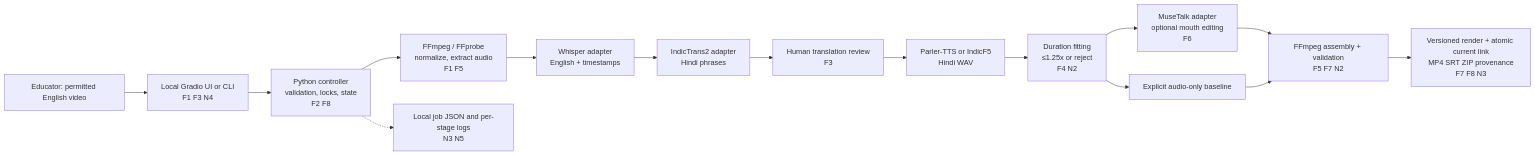
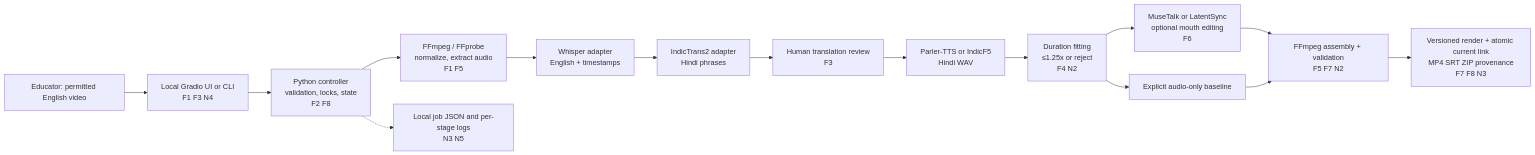
One commit to mauryaakash-ai/Multilingua changed the diagram in docs/DESIGN.md. Above: the diagram before and after it, drawn with Mermaid. The commit also changed other lines of this file and 10 other files, not shown here.

````diff
--- a/docs/DESIGN.md
+++ b/docs/DESIGN.md
@@ -77,17 +77,17 @@
 ```mermaid
 flowchart LR
     U[Educator: permitted English video] --> UI[Local Gradio UI or CLI\nF1 F3 N4]
     UI --> C[Python controller\nvalidation, locks, state\nF2 F8]
     C --> M[FFmpeg / FFprobe\nnormalize, extract audio\nF1 F5]
     M --> A[Whisper adapter\nEnglish + timestamps]
     A --> T[IndicTrans2 adapter\nHindi phrases]
     T --> R[Human translation review\nF3]
     R --> V[Parler-TTS or IndicF5\nHindi WAV]
     V --> D[Duration fitting\n≤1.25x or reject\nF4 N2]
-    D --> L[MuseTalk adapter\noptional mouth editing\nF6]
+    D --> L[MuseTalk or LatentSync\noptional mouth editing\nF6]
     D --> B[Explicit audio-only baseline]
     L --> E[FFmpeg assembly + validation\nF5 F7 N2]
     B --> E
     E --> O[Versioned render + atomic current link\nMP4 SRT ZIP provenance\nF7 F8 N3]
     C -.-> J[Local job JSON and per-stage logs\nN3 N5]
 ```
````
